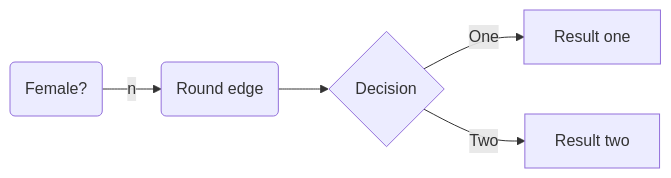
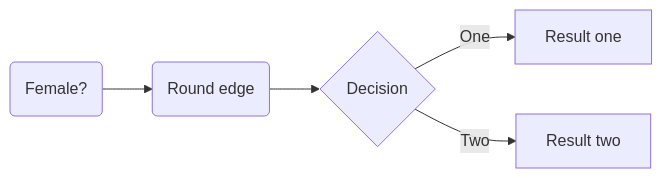
One commit to hermanmakhm/MachineLearningProblemSets changed the diagram in README.md. Above: the diagram before and after it, drawn with Mermaid.

````diff
--- a/README.md
+++ b/README.md
@@ -18,7 +18,7 @@
 ```mermaid
 graph LR
-A(Female?) -->|n| B(Round edge)
+A(Female?) -->B(Round edge)
     B --> C{Decision}
     C -->|One| D[Result one]
     C -->|Two| E[Result two]
 ```
````
